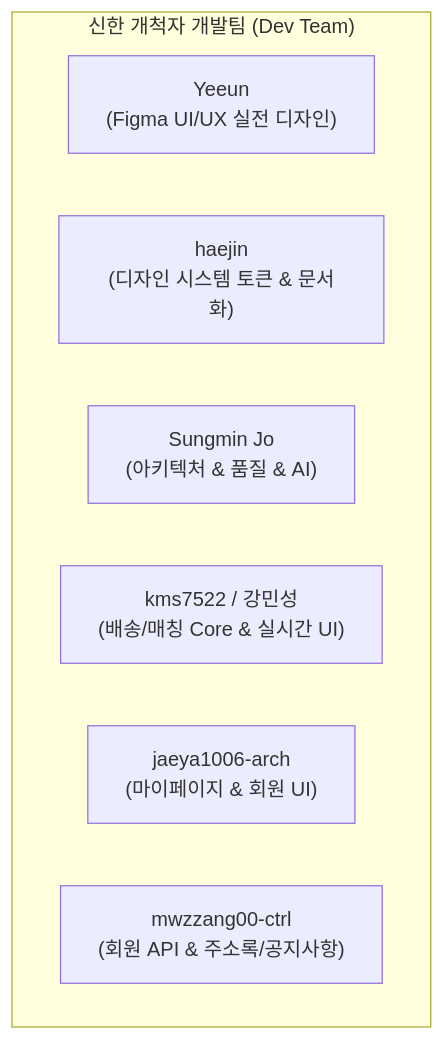
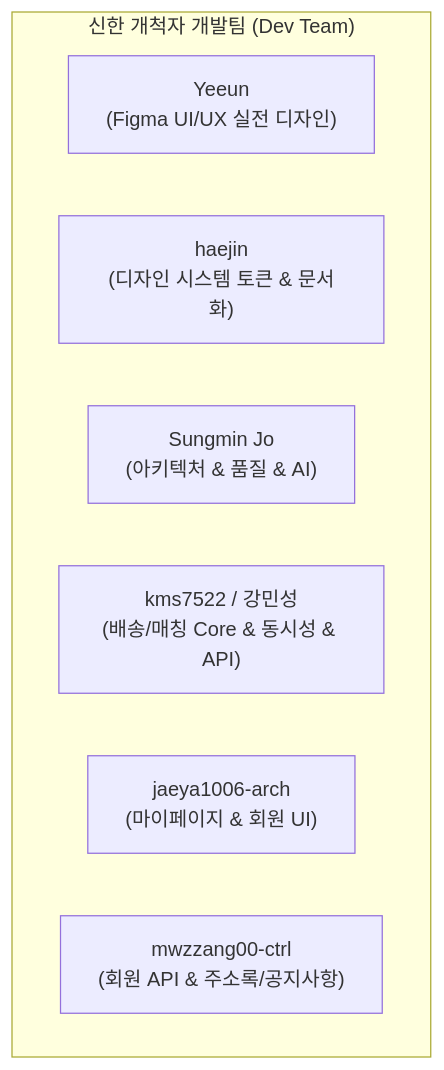
One commit to ShinhanDSProject/shinhan-delivery changed the first of 3 diagrams in docs/project-progress-report.md. Above: the diagram before and after it, drawn with Mermaid. The commit also changed other lines of this file, not shown here.

Commit message:
docs: kms7522 성과 항목 보완 (매칭/포인트 동시성 제어 및 요금산정/이미지/알림/카테고리 API) (#210)

````diff
--- a/docs/project-progress-report.md
+++ b/docs/project-progress-report.md
@@ -24,11 +24,11 @@
 ```mermaid
 graph TD
     subgraph "신한 개척자 개발팀 (Dev Team)"
         YE["Yeeun<br/>(Figma UI/UX 실전 디자인)"]
         HJ["haejin<br/>(디자인 시스템 토큰 & 문서화)"]
         SJ["Sungmin Jo<br/>(아키텍처 & 품질 & AI)"]
-        MS["kms7522 / 강민성<br/>(배송/매칭 Core & 실시간 UI)"]
+        MS["kms7522 / 강민성<br/>(배송/매칭 Core & 동시성 & API)"]
         JY["jaeya1006-arch<br/>(마이페이지 & 회원 UI)"]
         MW["mwzzang00-ctrl<br/>(회원 API & 주소록/공지사항)"]
     end
 ```
````
